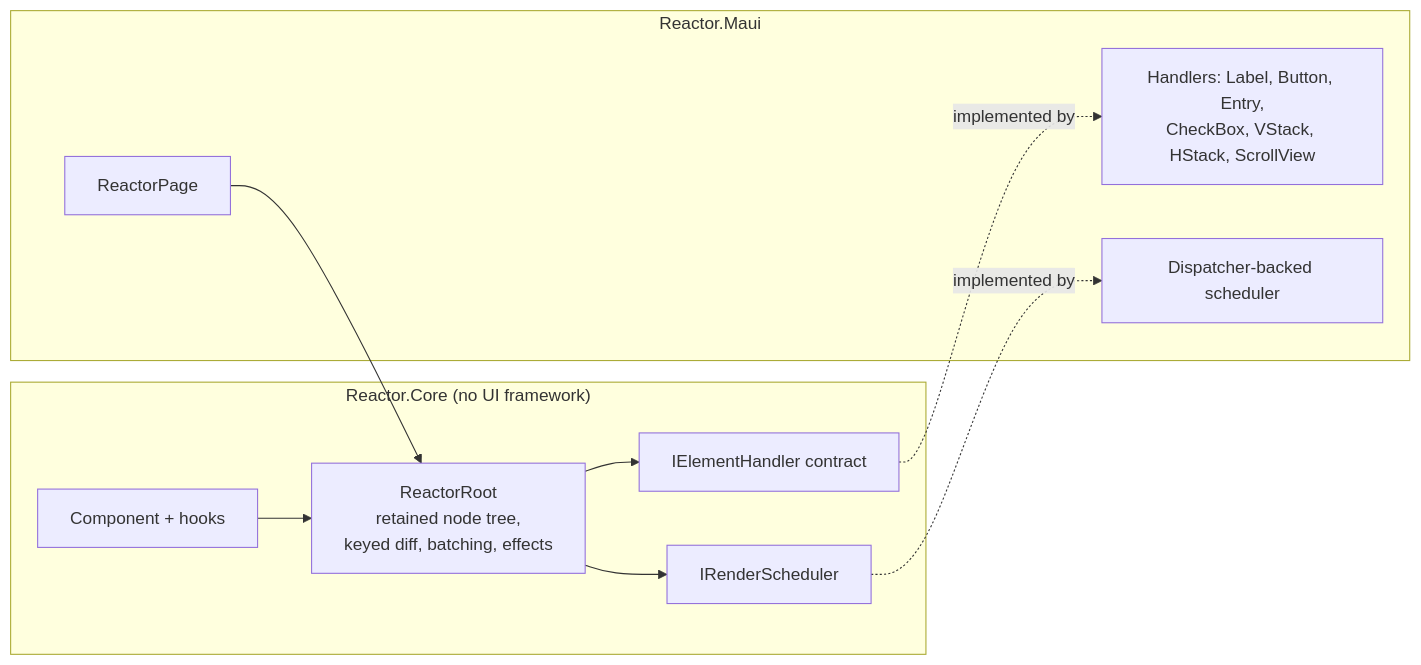
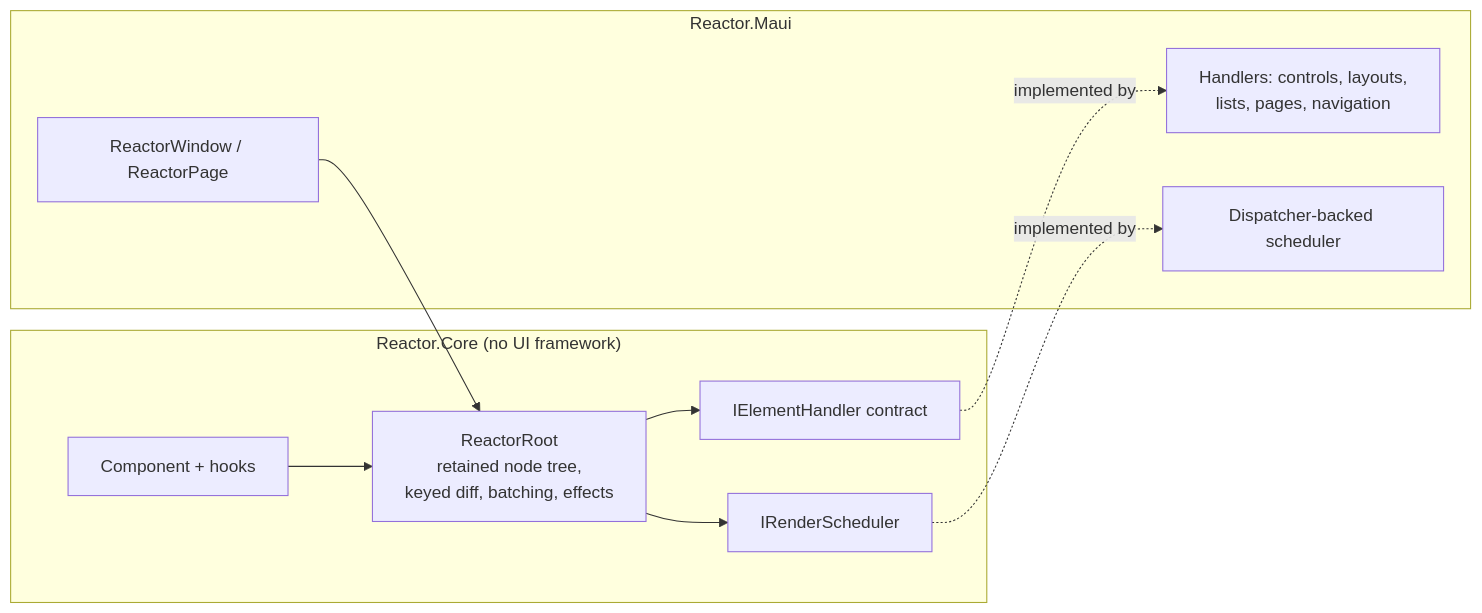
One commit to jfversluis/microsoft-ui-reactor changed the diagram in docs/specs/065-maui-renderer.md. Above: the diagram before and after it, drawn with Mermaid. The commit also changed other lines of this file and 4 other files, not shown here.

````diff
--- a/docs/specs/065-maui-renderer.md
+++ b/docs/specs/065-maui-renderer.md
@@ -121,16 +139,16 @@
 ```mermaid
 flowchart LR
   subgraph Core["Reactor.Core (no UI framework)"]
     C[Component + hooks] --> R[ReactorRoot<br/>retained node tree,<br/>keyed diff, batching, effects]
     R --> H[IElementHandler contract]
     R --> S[IRenderScheduler]
   end
   subgraph Maui["Reactor.Maui"]
-    MH[Handlers: Label, Button, Entry,<br/>CheckBox, VStack, HStack, ScrollView]
+    MH[Handlers: controls, layouts,<br/>lists, pages, navigation]
     MS[Dispatcher-backed scheduler]
-    P[ReactorPage]
+    P[ReactorWindow / ReactorPage]
   end
   H -.implemented by.-> MH
   S -.implemented by.-> MS
   P --> R
 ```
````
